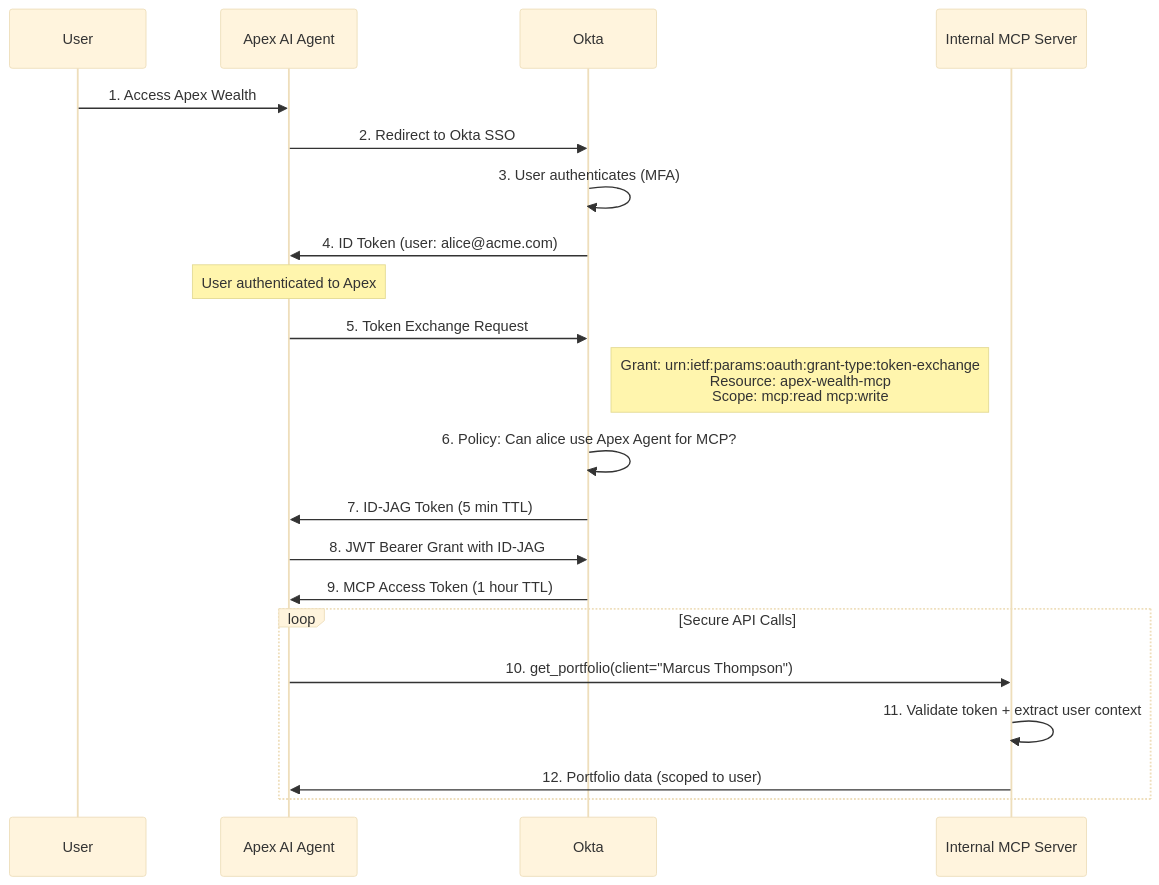
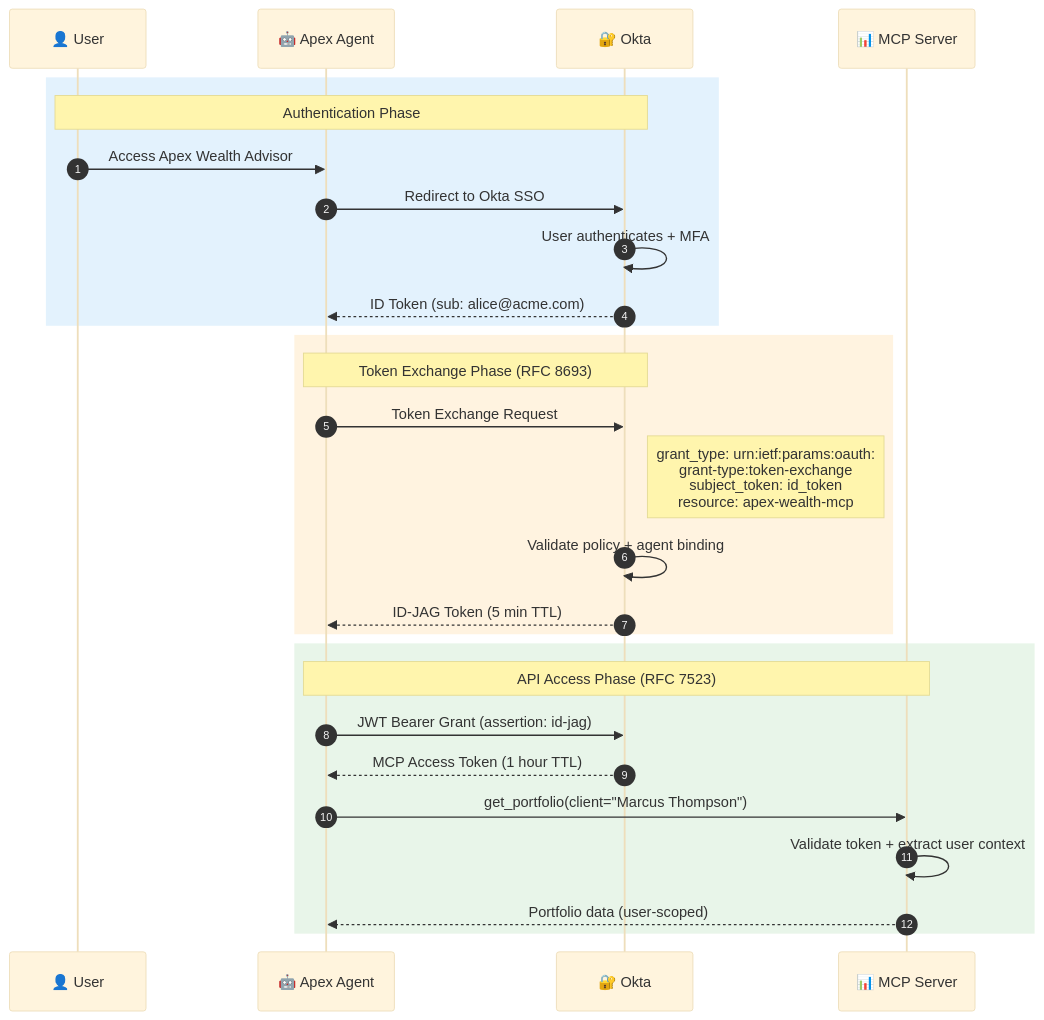
Before and after one commit to kunkol/apex-wealth-advisor: the second of 4 diagrams in README.md, drawn with Mermaid (base theme). The commit also changed other lines of this file and 3 other files, not shown here.

Commit message:
Apex Wealth Advisor Demo

````diff
--- a/README.md
+++ b/README.md
@@ -102,27 +120,34 @@
 ```mermaid
 sequenceDiagram
-    participant User
-    participant Agent as Apex AI Agent
-    participant Okta
-    participant MCP as Internal MCP Server
-
-    User->>Agent: 1. Access Apex Wealth
-    Agent->>Okta: 2. Redirect to Okta SSO
-    Okta->>Okta: 3. User authenticates (MFA)
-    Okta->>Agent: 4. ID Token (user: alice@acme.com)
+    autonumber
     
-    Note over Agent: User authenticated to Apex
+    participant User as 👤 User
+    participant Agent as 🤖 Apex Agent
+    participant Okta as 🔐 Okta
+    participant MCP as 📊 MCP Server
     
-    Agent->>Okta: 5. Token Exchange Request
-    Note right of Okta: Grant: urn:ietf:params:oauth:grant-type:token-exchange<br/>Resource: apex-wealth-mcp<br/>Scope: mcp:read mcp:write
-    Okta->>Okta: 6. Policy: Can alice use Apex Agent for MCP?
-    Okta->>Agent: 7. ID-JAG Token (5 min TTL)
-    Agent->>Okta: 8. JWT Bearer Grant with ID-JAG
-    Okta->>Agent: 9. MCP Access Token (1 hour TTL)
+    rect rgb(227, 242, 253)
+    Note over User,Okta: Authentication Phase
+    User->>Agent: Access Apex Wealth Advisor
+    Agent->>Okta: Redirect to Okta SSO
+    Okta->>Okta: User authenticates + MFA
+    Okta-->>Agent: ID Token (sub: alice@acme.com)
+    end
     
-    loop Secure API Calls
-        Agent->>MCP: 10. get_portfolio(client="Marcus Thompson")
-        MCP->>MCP: 11. Validate token + extract user context
-        MCP->>Agent: 12. Portfolio data (scoped to user)
+    rect rgb(255, 243, 224)
+    Note over Agent,Okta: Token Exchange Phase (RFC 8693)
+    Agent->>Okta: Token Exchange Request
+    Note right of Okta: grant_type: urn:ietf:params:oauth:<br/>grant-type:token-exchange<br/>subject_token: id_token<br/>resource: apex-wealth-mcp
+    Okta->>Okta: Validate policy + agent binding
+    Okta-->>Agent: ID-JAG Token (5 min TTL)
+    end
+    
+    rect rgb(232, 245, 233)
+    Note over Agent,MCP: API Access Phase (RFC 7523)
+    Agent->>Okta: JWT Bearer Grant (assertion: id-jag)
+    Okta-->>Agent: MCP Access Token (1 hour TTL)
+    Agent->>MCP: get_portfolio(client="Marcus Thompson")
+    MCP->>MCP: Validate token + extract user context
+    MCP-->>Agent: Portfolio data (user-scoped)
     end
 ```
````
